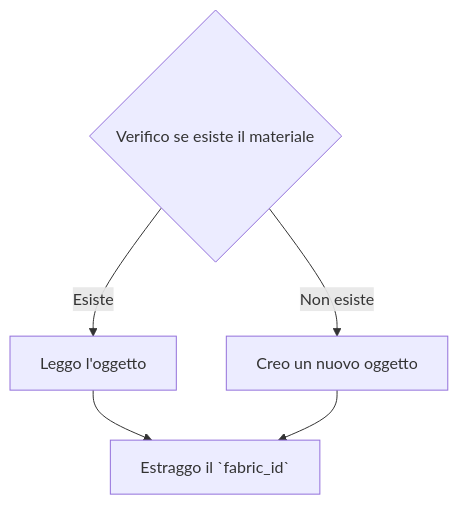
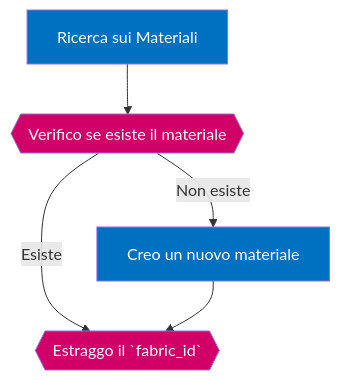
One commit to phoenixweb/Crystal changed the fourth of 6 diagrams in how_to/import_products.md. Above: the diagram before and after it, drawn with Mermaid. The commit also changed other lines of this file, not shown here.

Commit message:
update: riscritti i flowchart

````diff
--- a/how_to/import_products.md
+++ b/how_to/import_products.md
@@ -189,7 +211,13 @@
 ```mermaid
 graph TD;
-A{Verifico se esiste il materiale}-->|Esiste| B[Leggo l'oggetto];
-A-->|Non esiste| C[Creo un nuovo oggetto];
-B-->D[Estraggo il `fabric_id`];
-C-->D;
+ A[Ricerca sui Materiali]:::action;
+ B{{Verifico se esiste il materiale}}:::logic;
+ C[Creo un nuovo materiale]:::action;
+ D{{Estraggo il `fabric_id`}}:::logic;
+ A-->B;
+ B-->|Esiste|D;
+ B-->|Non esiste|C;
+ C-->D;
+ classDef action fill:#0070C0,color:#FFF;
+ classDef logic fill:#D10069,color:#FFF;
 ```
````
